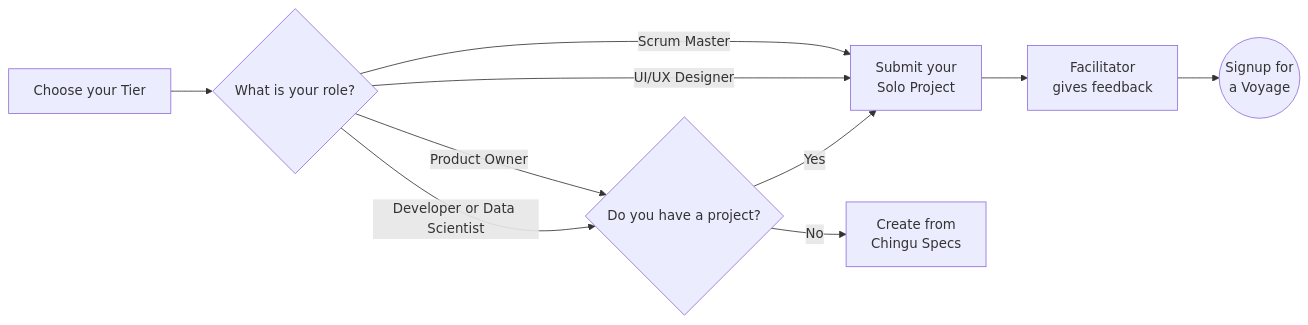
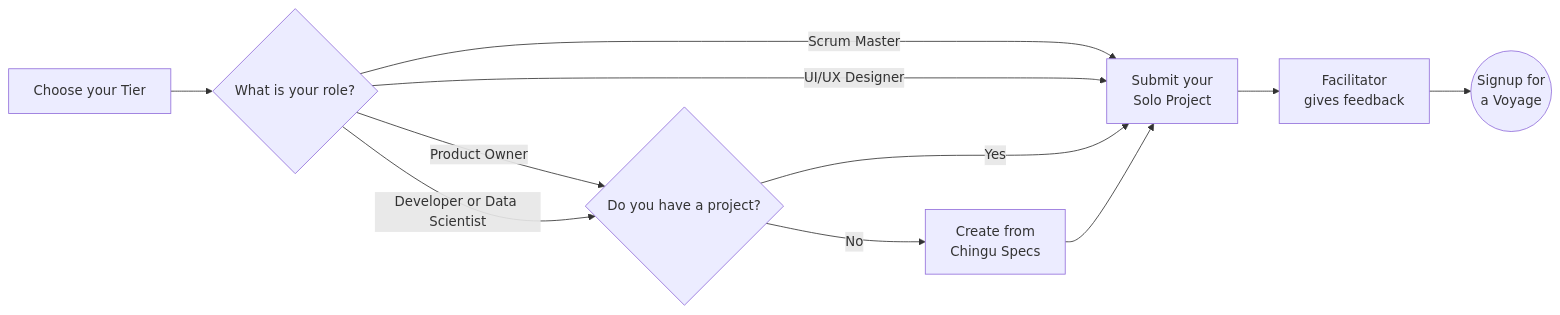
Before and after one commit to chingu-voyages/Handbook: the diagram in docs/guides/soloproject/soloproject.md, drawn with Mermaid.

Commit message:
Feature: Update Solo Project workflow diagram

````diff
--- a/docs/guides/soloproject/soloproject.md
+++ b/docs/guides/soloproject/soloproject.md
@@ -18,12 +18,13 @@
 ```mermaid
 graph LR
     A[Choose your Tier] --> B{What is your role?}
     B -- Product Owner --> F
     B -- Scrum Master --> G
     B -- UI/UX Designer --> G
     B -- Developer or Data Scientist --> F{Do you have a project?}
     F -- Yes --> G[Submit your\nSolo Project]
     F -- No --> H[Create from\nChingu Specs]
+    H --> G
     G --> I[Facilitator\ngives feedback]
     I --> J((Signup for\na Voyage))
 ```
````
